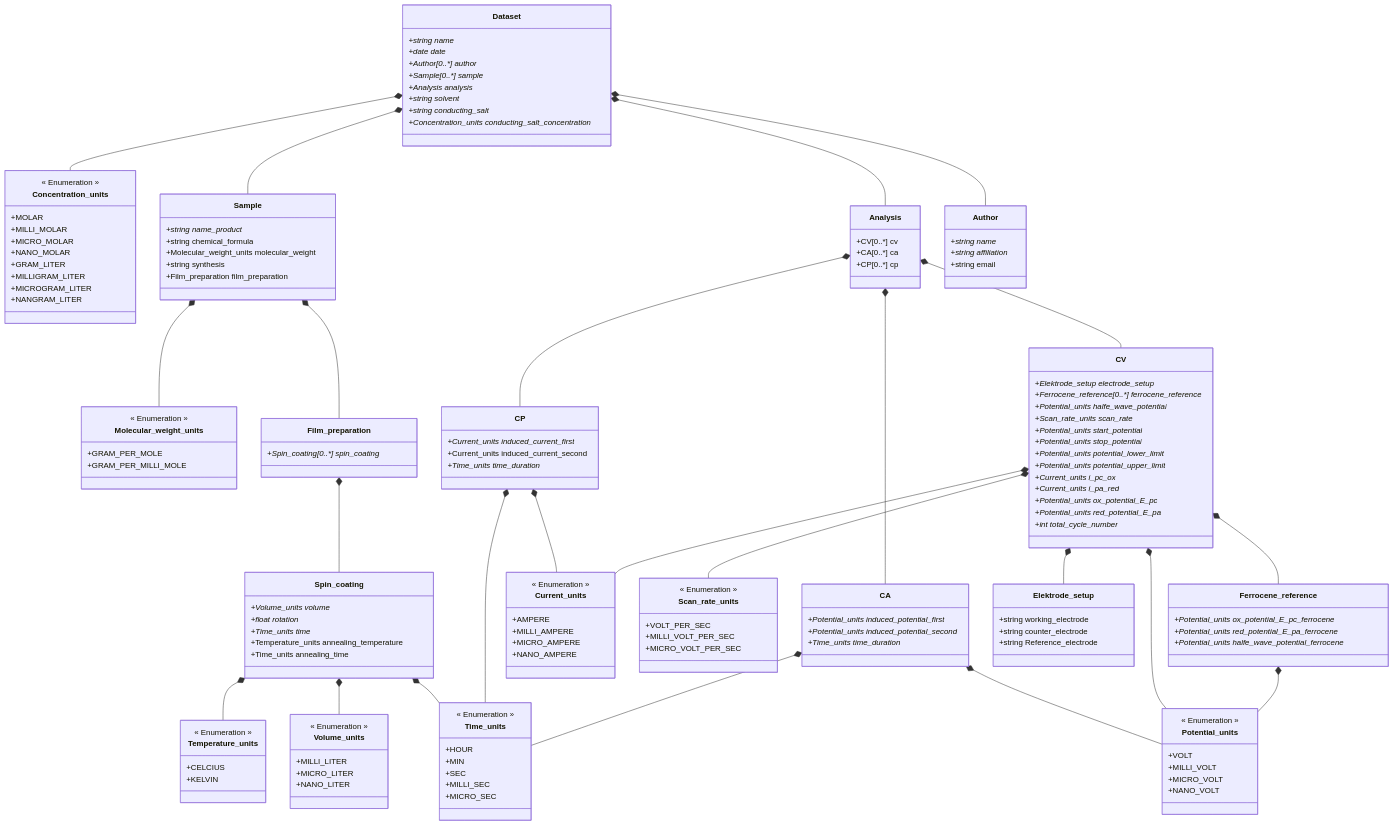
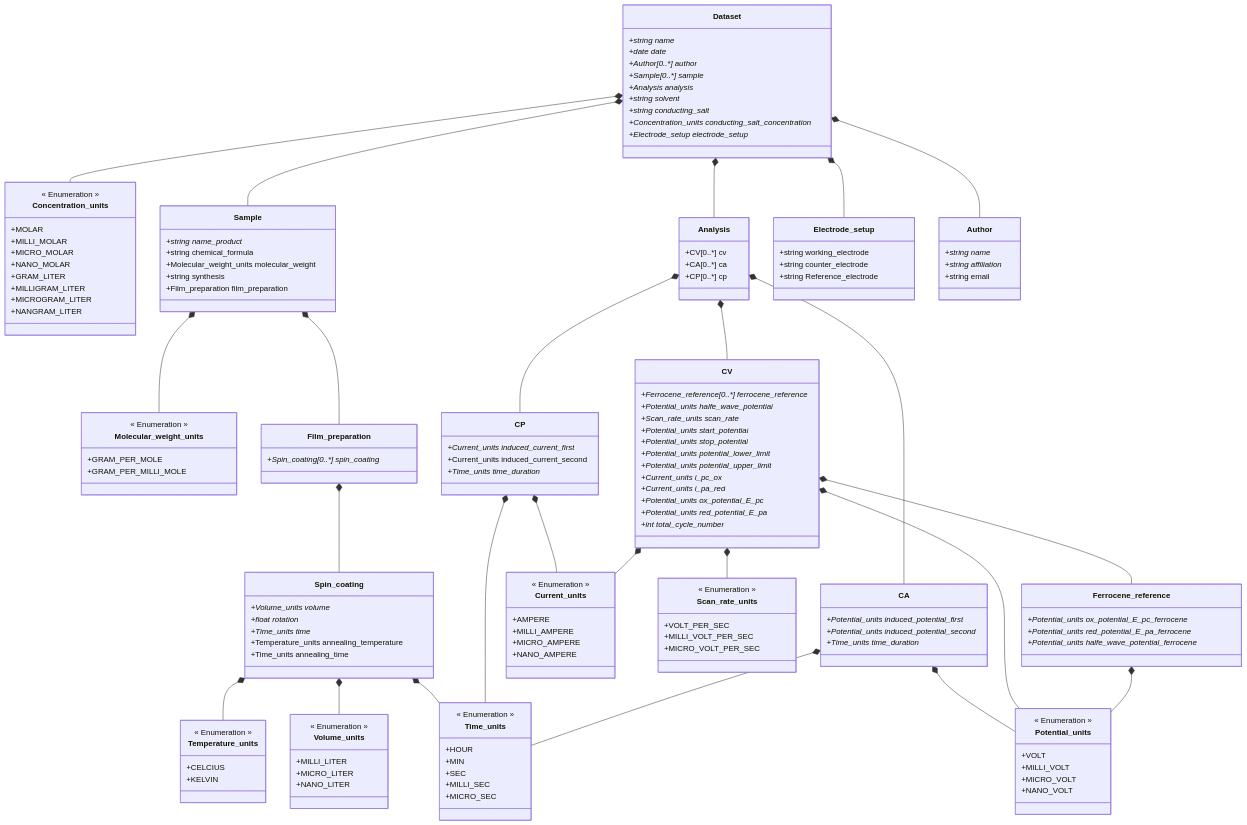
One commit to FAIRChemistry/datamodel-electrochemistry changed the diagram in ElectrochemistryDataModel/schemes/electrochemistrydatamodel_schema.md. Above: the diagram before and after it, drawn with Mermaid. The commit also changed 12 other files, not shown here.

```diff
--- a/ElectrochemistryDataModel/schemes/electrochemistrydatamodel_schema.md
+++ b/ElectrochemistryDataModel/schemes/electrochemistrydatamodel_schema.md
@@ -3,6 +3,7 @@
     Dataset *-- Concentration_units
     Dataset *-- Sample
     Dataset *-- Analysis
+    Dataset *-- Electrode_setup
     Dataset *-- Author
     Sample *-- Molecular_weight_units
     Sample *-- Film_preparation
@@ -21,7 +22,6 @@
     CV *-- Current_units
     CV *-- Potential_units
     CV *-- Ferrocene_reference
-    CV *-- Elektrode_setup
     Ferrocene_reference *-- Potential_units
     
     class Dataset {
@@ -33,6 +33,7 @@
         +string solvent*
         +string conducting_salt*
         +Concentration_units conducting_salt_concentration*
+        +Electrode_setup electrode_setup*
     }
     
     class Sample {
@@ -74,7 +75,6 @@
     }
     
     class CV {
-        +Elektrode_setup electrode_setup*
         +Ferrocene_reference[0..*] ferrocene_reference*
         +Potential_units halfe_wave_potential*
         +Scan_rate_units scan_rate*
@@ -95,7 +95,7 @@
         +Potential_units halfe_wave_potential_ferrocene*
     }
     
-    class Elektrode_setup {
+    class Electrode_setup {
         +string working_electrode
         +string counter_electrode
         +string Reference_electrode
```
